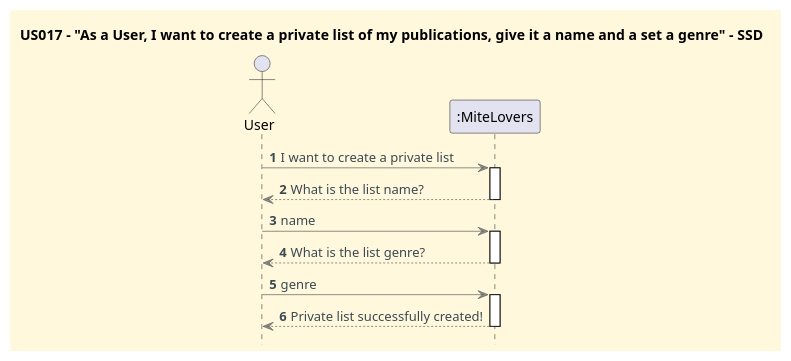
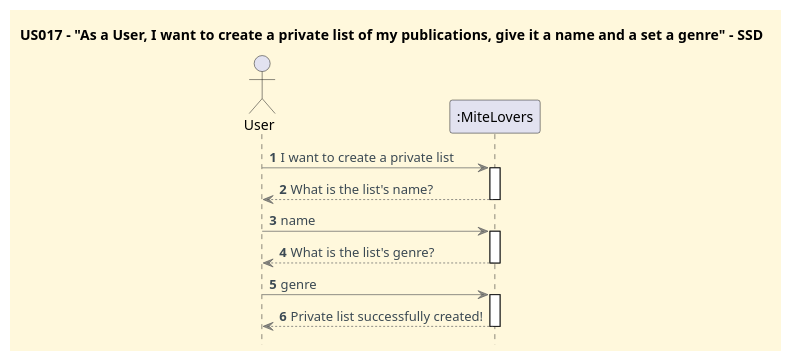
One commit to CarolinaLeite-collab/JavaMarketplacePlatform changed the diagram in docs/userStories/US017/US017_to_create_a_private_list_SSD.puml. Above: the diagram before and after it, drawn with PlantUML.

Commit message:
Refs #193: minor typo in SSD for US017

```diff
--- a/docs/userStories/US017/US017_to_create_a_private_list_SSD.puml
+++ b/docs/userStories/US017/US017_to_create_a_private_list_SSD.puml
@@ -1,41 +1,41 @@
 @startuml
 '==== Title ====
 title US017 - "As a User, I want to create a private list of my publications, give it a name and a set a genre" - SSD
 
 '==== basic style ====
 skinparam monochrome false
 
 skinparam defaultFontName Futura
 skinparam objectFontSize 20
 skinparam backgroundColor CornSilk
 skinparam objectBackgroundColor WhiteSmoke
 skinparam noteBackgroundColor #FFFFE0
 skinparam ArrowFontColor #3B4953
 skinparam ArrowColor #57595BAA
 
 hidefootbox
 autonumber
 autoactivate off
 
 ' ==== Actor and participants ====
 actor User
 participant ":MiteLovers" as ML
 
 '==== UI interaction ====
 User -> ML: I want to create a private list
 activate ML
-ML --> User: What is the list name?
+ML --> User: What is the list's name?
 deactivate ML
 
 User -> ML:  name
 activate ML
 
-User <-- ML:  What is the list genre?
+User <-- ML:  What is the list's genre?
 deactivate
 
 User -> ML:  genre
 activate ML
 
 ML --> User : Private list successfully created!
 deactivate ML
 @enduml
```
